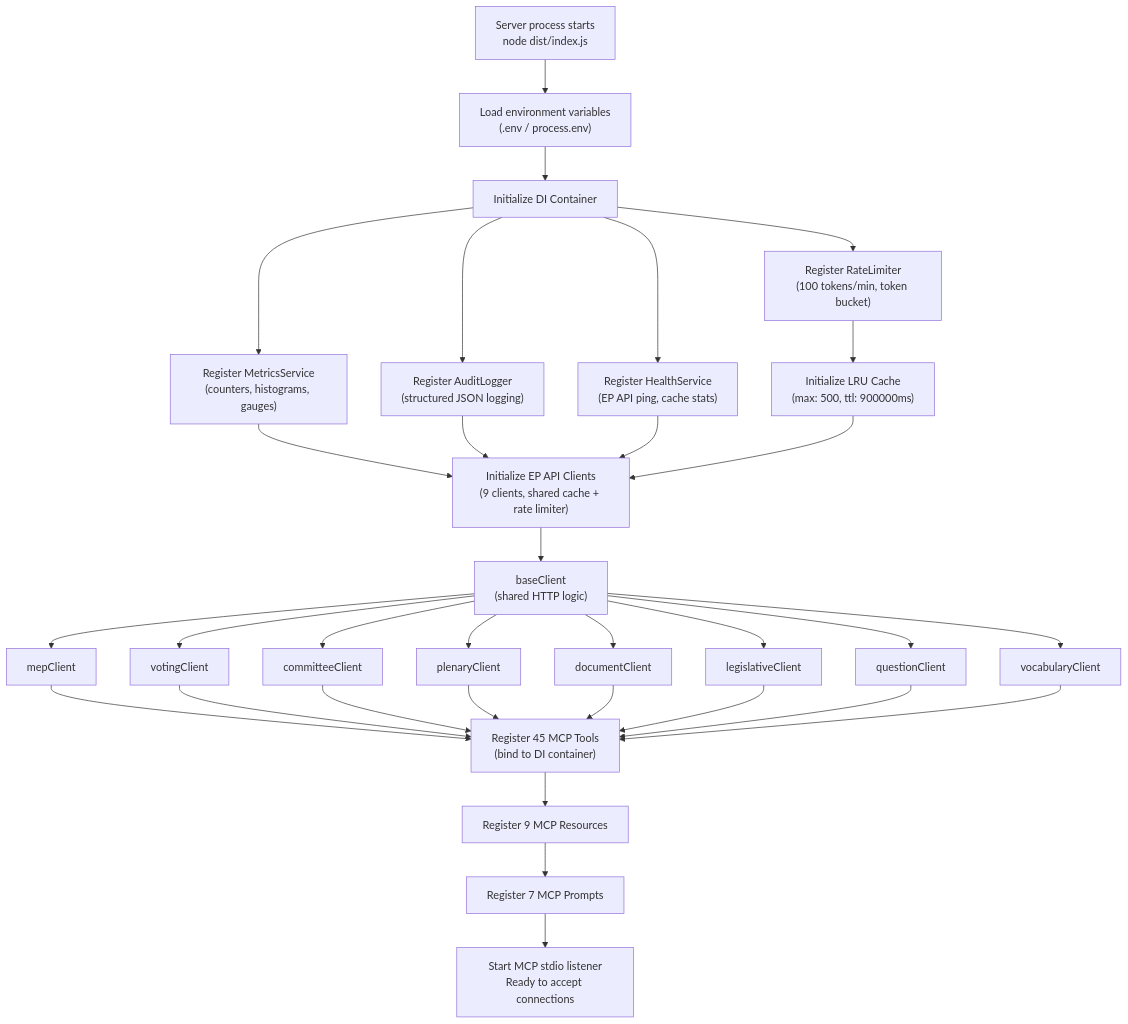
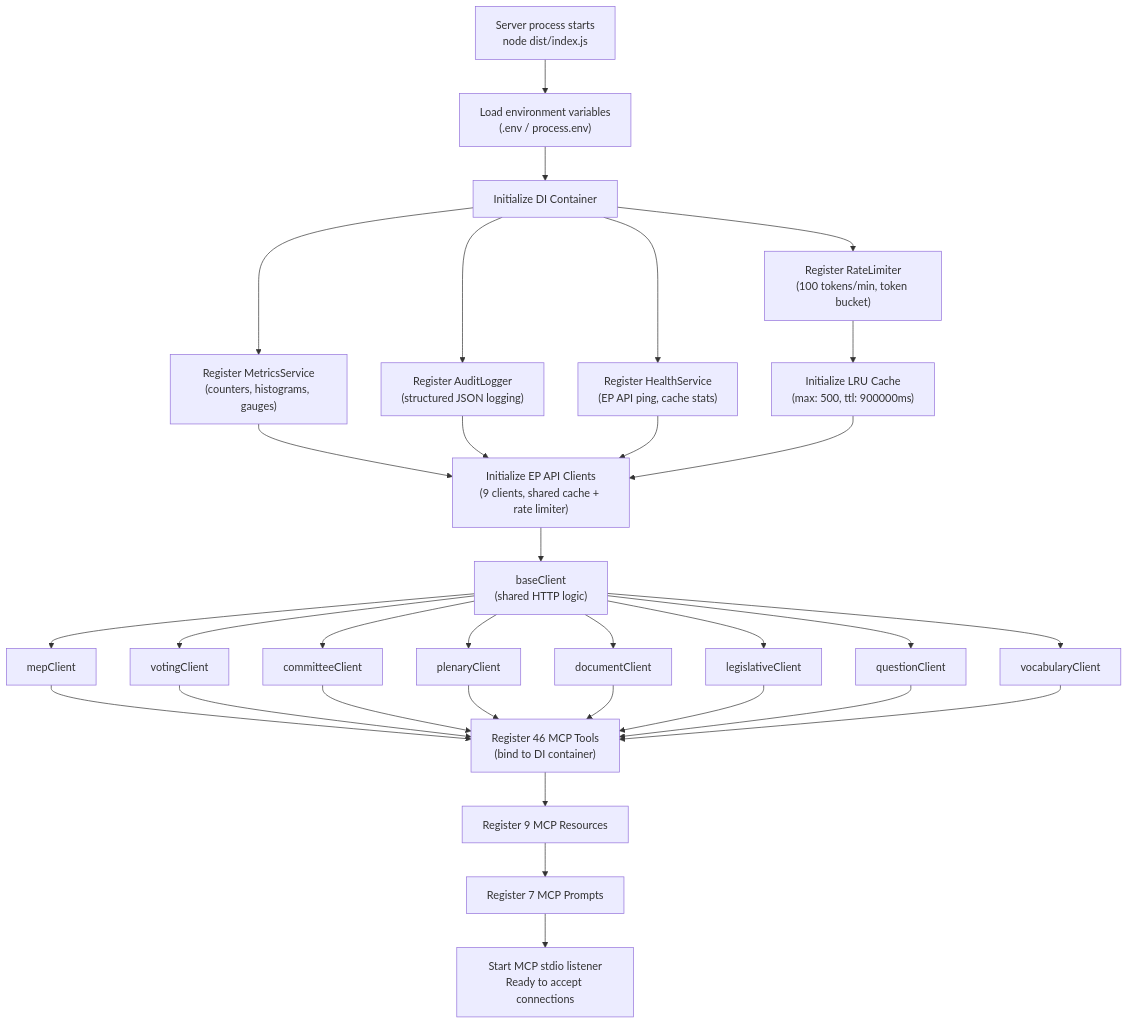
Before and after one commit to Hack23/European-Parliament-MCP-Server: the fourth of 7 diagrams in FLOWCHART.md, drawn with Mermaid. The commit also changed 36 other files, not shown here.

````diff
--- a/FLOWCHART.md
+++ b/FLOWCHART.md
@@ -146,34 +146,34 @@
 ```mermaid
 flowchart TD
     START["Server process starts\nnode dist/index.js"] --> ENV["Load environment variables\n(.env / process.env)"]
     ENV --> DI["Initialize DI Container"]
     DI --> RL_INIT["Register RateLimiter\n(100 tokens/min, token bucket)"]
     DI --> MS_INIT["Register MetricsService\n(counters, histograms, gauges)"]
     DI --> AL_INIT["Register AuditLogger\n(structured JSON logging)"]
     DI --> HS_INIT["Register HealthService\n(EP API ping, cache stats)"]
     RL_INIT --> CACHE_INIT["Initialize LRU Cache\n(max: 500, ttl: 900000ms)"]
     MS_INIT --> CLIENTS["Initialize EP API Clients\n(9 clients, shared cache + rate limiter)"]
     AL_INIT --> CLIENTS
     HS_INIT --> CLIENTS
     CACHE_INIT --> CLIENTS
     CLIENTS --> BC["baseClient\n(shared HTTP logic)"]
     BC --> MC["mepClient"]
     BC --> VC["votingClient"]
     BC --> CC["committeeClient"]
     BC --> PC["plenaryClient"]
     BC --> DC["documentClient"]
     BC --> LC["legislativeClient"]
     BC --> QC["questionClient"]
     BC --> VCC["vocabularyClient"]
-    MC --> TOOLS["Register 45 MCP Tools\n(bind to DI container)"]
+    MC --> TOOLS["Register 46 MCP Tools\n(bind to DI container)"]
     VC --> TOOLS
     CC --> TOOLS
     PC --> TOOLS
     DC --> TOOLS
     LC --> TOOLS
     QC --> TOOLS
     VCC --> TOOLS
     TOOLS --> RES["Register 9 MCP Resources"]
     RES --> PROMPTS["Register 7 MCP Prompts"]
     PROMPTS --> LISTEN["Start MCP stdio listener\nReady to accept connections"]
 ```
````
